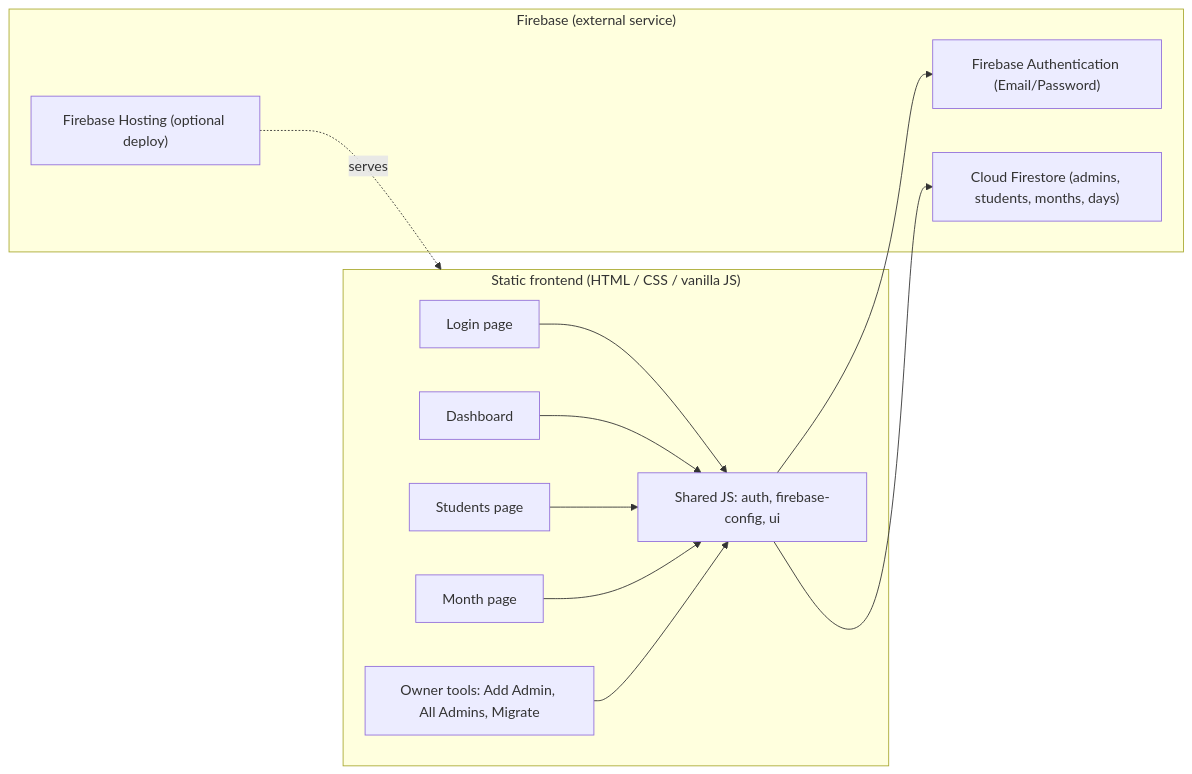
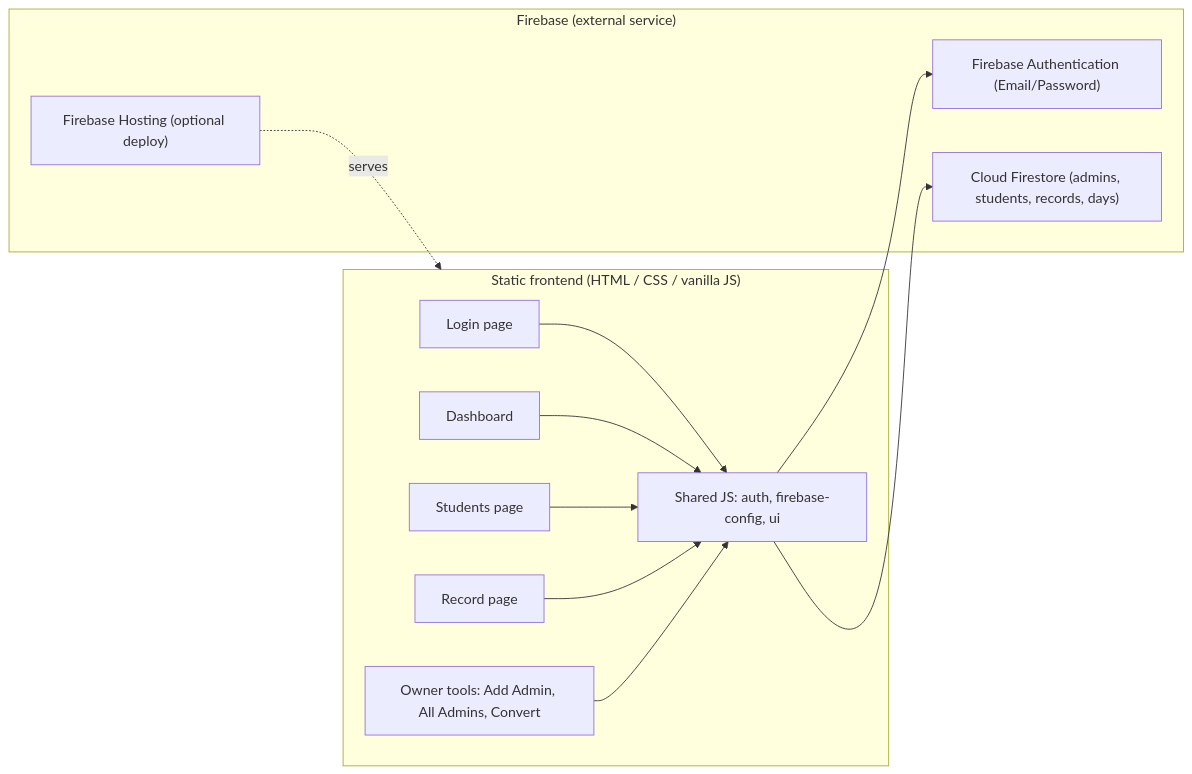
The first of 2 diagrams in .trae/documents/student-work-aid-technical-architecture.md (marve26020/StudentAttendance), drawn with Mermaid before and after one commit. The commit also changed other lines of this file and 13 other files, not shown here.

Commit message:
Organize attendance records by custom title instead of by month

````diff
--- a/.trae/documents/student-work-aid-technical-architecture.md
+++ b/.trae/documents/student-work-aid-technical-architecture.md
@@ -5,24 +5,24 @@
 ```mermaid
 flowchart LR
   subgraph Client["Static frontend (HTML / CSS / vanilla JS)"]
     A["Login page"]
     B["Dashboard"]
     C["Students page"]
-    D["Month page"]
-    E["Owner tools: Add Admin, All Admins, Migrate"]
+    D["Record page"]
+    E["Owner tools: Add Admin, All Admins, Convert"]
     F["Shared JS: auth, firebase-config, ui"]
   end
   subgraph BaaS["Firebase (external service)"]
     G["Firebase Authentication (Email/Password)"]
-    H["Cloud Firestore (admins, students, months, days)"]
+    H["Cloud Firestore (admins, students, records, days)"]
     I["Firebase Hosting (optional deploy)"]
   end
   F --> G
   F --> H
   A --> F
   B --> F
   C --> F
   D --> F
   E --> F
   I -. serves .-> Client
 ```
````
